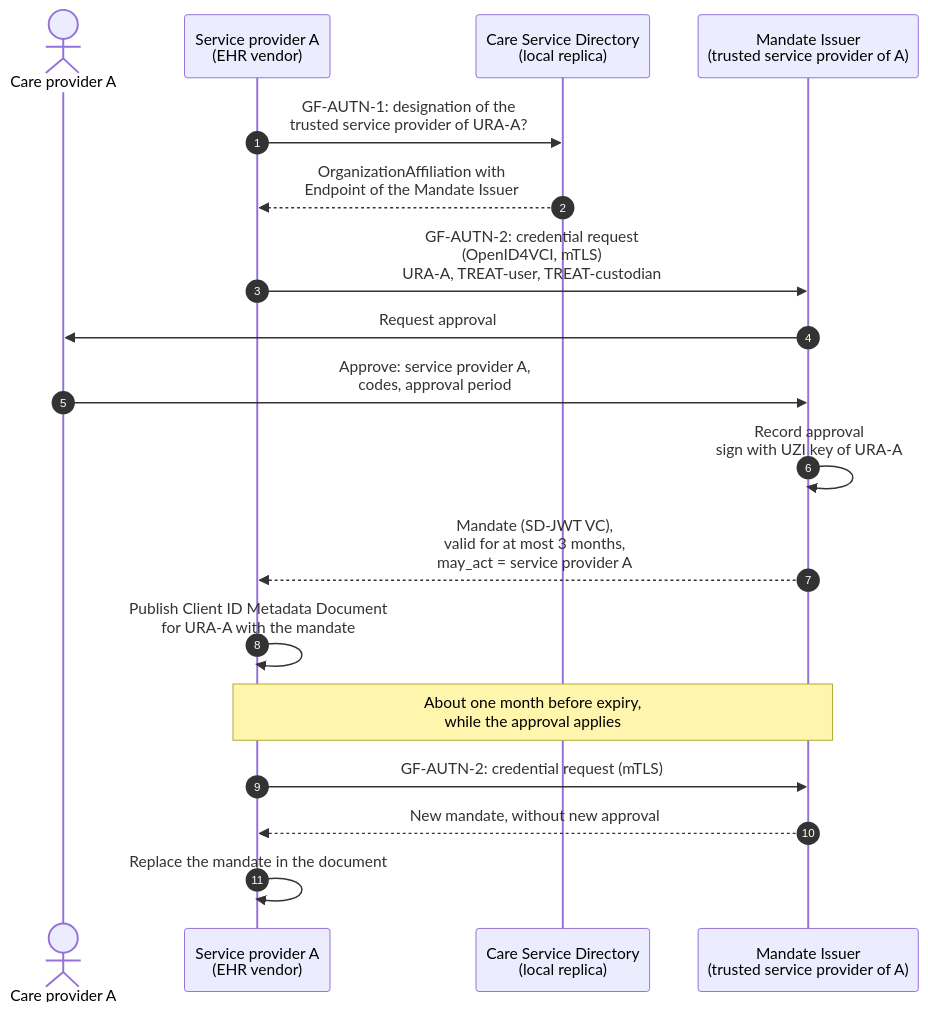
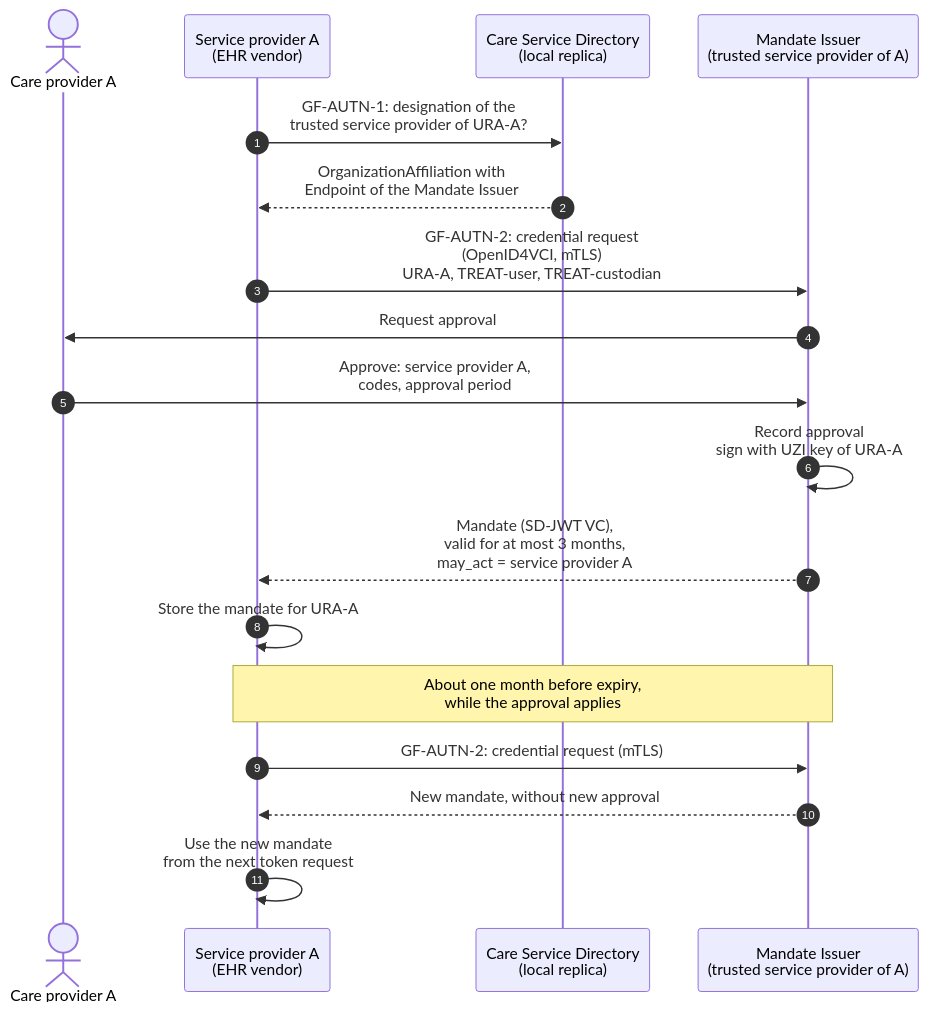
The second of 3 diagrams in input/pagecontent/authentication.md (minvws/generiekefuncties-docs), drawn with Mermaid before and after one commit. The commit also changed other lines of this file and 1 other file, not shown here.

Commit message:
standard token exchange type

````diff
--- a/input/pagecontent/authentication.md
+++ b/input/pagecontent/authentication.md
@@ -479,22 +485,22 @@
 ```mermaid
 sequenceDiagram
     autonumber
     actor CPA as Care provider A
     participant SPA as Service provider A<br/>(EHR vendor)
     participant CSD as Care Service Directory<br/>(local replica)
     participant MI as Mandate Issuer<br/>(trusted service provider of A)
 
     SPA->>CSD: GF-AUTN-1: designation of the<br/>trusted service provider of URA-A?
     CSD-->>SPA: OrganizationAffiliation with<br/>Endpoint of the Mandate Issuer
     SPA->>MI: GF-AUTN-2: credential request<br/>(OpenID4VCI, mTLS)<br/>URA-A, TREAT-user, TREAT-custodian
     MI->>CPA: Request approval
     CPA->>MI: Approve: service provider A,<br/>codes, approval period
     MI->>MI: Record approval<br/>sign with UZI key of URA-A
     MI-->>SPA: Mandate (SD-JWT VC),<br/>valid for at most 3 months,<br/>may_act = service provider A
-    SPA->>SPA: Publish Client ID Metadata Document<br/>for URA-A with the mandate
+    SPA->>SPA: Store the mandate for URA-A
 
     Note over SPA,MI: About one month before expiry,<br/>while the approval applies
     SPA->>MI: GF-AUTN-2: credential request (mTLS)
     MI-->>SPA: New mandate, without new approval
-    SPA->>SPA: Replace the mandate in the document
+    SPA->>SPA: Use the new mandate<br/>from the next token request
 ```
````
